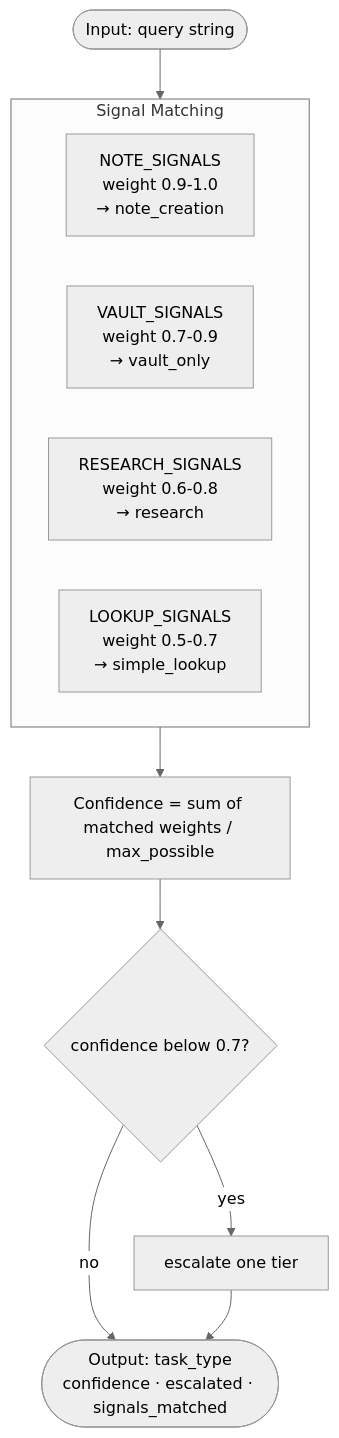
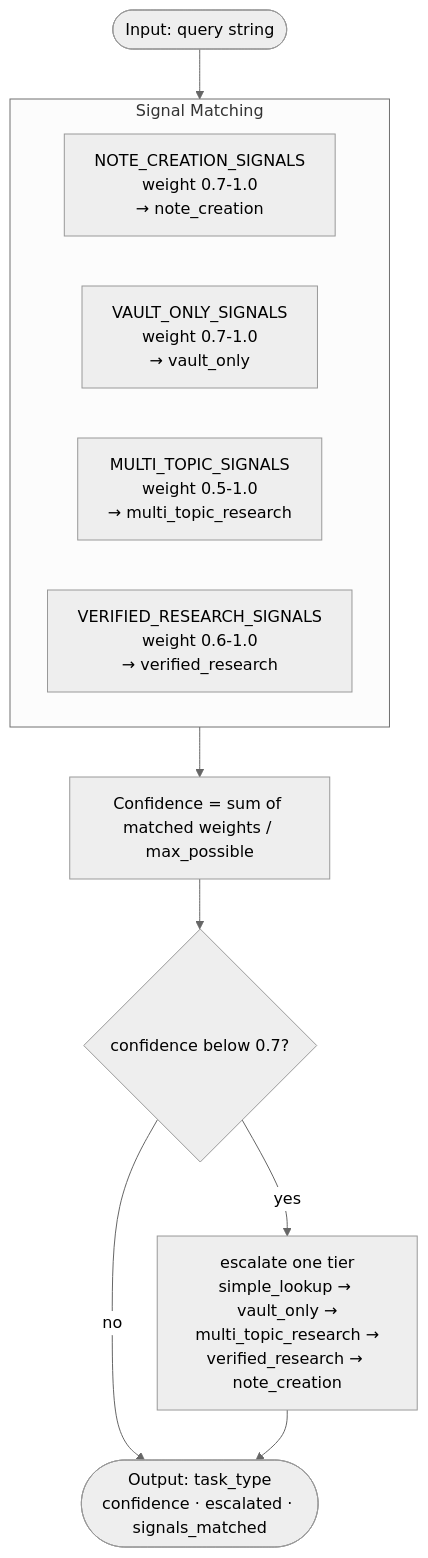
One commit to rabindranath-mishra/Study_Agent changed the fourth of 12 diagrams in 00 - System/Agent Architecture (C4+1).md. Above: the diagram before and after it, drawn with Mermaid (neutral theme). The commit also changed other lines of this file, not shown here.

First line of the commit message:
docs(architecture): sync C4+1 doc with current tool behaviour

````diff
--- a/00 - System/Agent Architecture (C4+1).md
+++ b/00 - System/Agent Architecture (C4+1).md
@@ -232,18 +234,18 @@
 ```mermaid
 flowchart TD
     IN(["Input: query string"])
 
     subgraph SIGNALS["Signal Matching"]
-        NS["NOTE_SIGNALS<br/>weight 0.9-1.0<br/>→ note_creation"]
-        VS["VAULT_SIGNALS<br/>weight 0.7-0.9<br/>→ vault_only"]
-        RS["RESEARCH_SIGNALS<br/>weight 0.6-0.8<br/>→ research"]
-        LS["LOOKUP_SIGNALS<br/>weight 0.5-0.7<br/>→ simple_lookup"]
+        NS["NOTE_CREATION_SIGNALS<br/>weight 0.7-1.0<br/>→ note_creation"]
+        VS["VAULT_ONLY_SIGNALS<br/>weight 0.7-1.0<br/>→ vault_only"]
+        MS["MULTI_TOPIC_SIGNALS<br/>weight 0.5-1.0<br/>→ multi_topic_research"]
+        RS["VERIFIED_RESEARCH_SIGNALS<br/>weight 0.6-1.0<br/>→ verified_research"]
     end
 
     IN --> SIGNALS
     SIGNALS --> CONF["Confidence = sum of matched weights / max_possible"]
     CONF --> ESC{"confidence below 0.7?"}
-    ESC -- "yes" --> ESCL["escalate one tier"]
+    ESC -- "yes" --> ESCL["escalate one tier<br/>simple_lookup → vault_only →<br/>multi_topic_research →<br/>verified_research → note_creation"]
     ESC -- "no" --> OUT
     ESCL --> OUT(["Output: task_type<br/>confidence · escalated · signals_matched"])
 ```
````
